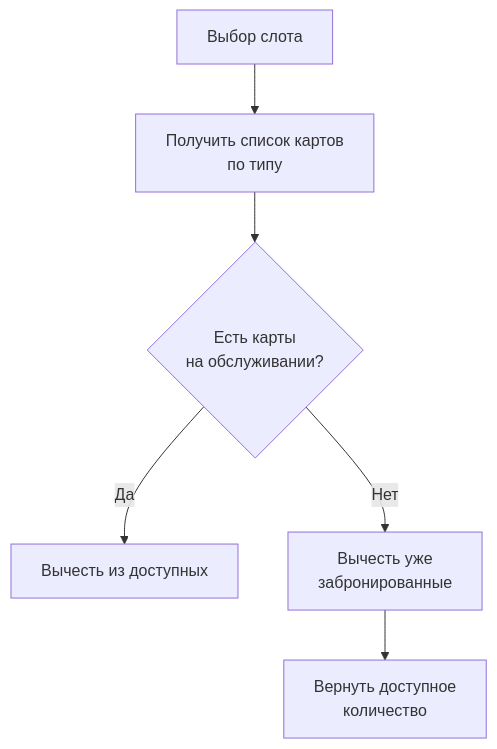
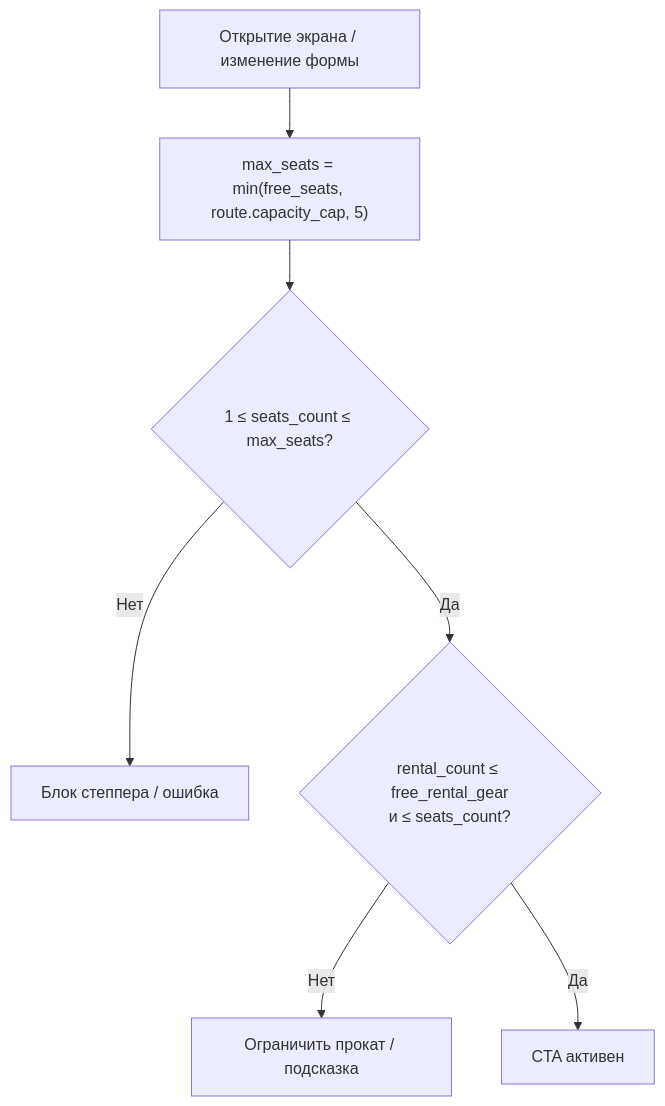
One commit to archybrowwwn/summer-school-karting changed the diagram in 01-analysis/5-mobile-app-spec/09_Logic/LOGIC-002_Kart_Availability_Calculation.md. Above: the diagram before and after it, drawn with Mermaid. The commit also changed other lines of this file and 54 other files, not shown here.

````diff
--- a/01-analysis/5-mobile-app-spec/09_Logic/LOGIC-002_Kart_Availability_Calculation.md
+++ b/01-analysis/5-mobile-app-spec/09_Logic/LOGIC-002_Kart_Availability_Calculation.md
@@ -66,8 +63,9 @@
 ```mermaid
 flowchart TD
-    SelectSlot[Выбор слота] --> GetKarts[Получить список картов<br/>по типу]
-    GetKarts --> CheckMaintenance{Есть карты<br/>на обслуживании?}
-    CheckMaintenance -->|Да| SubtractMaint[Вычесть из доступных]
-    CheckMaintenance -->|Нет| CheckBooked[Вычесть уже<br/>забронированные]
-    CheckBooked --> Result[Вернуть доступное<br/>количество]
+    Open[Открытие экрана / изменение формы] --> MaxSeats["max_seats = min(free_seats, route.capacity_cap, 5)"]
+    MaxSeats --> ValidateSeats{1 ≤ seats_count ≤ max_seats?}
+    ValidateSeats -->|Нет| BlockSeats[Блок степпера / ошибка]
+    ValidateSeats -->|Да| ValidateGear{rental_count ≤ free_rental_gear<br/>и ≤ seats_count?}
+    ValidateGear -->|Нет| BlockGear[Ограничить прокат / подсказка]
+    ValidateGear -->|Да| EnableCTA[CTA активен]
 ```
````
